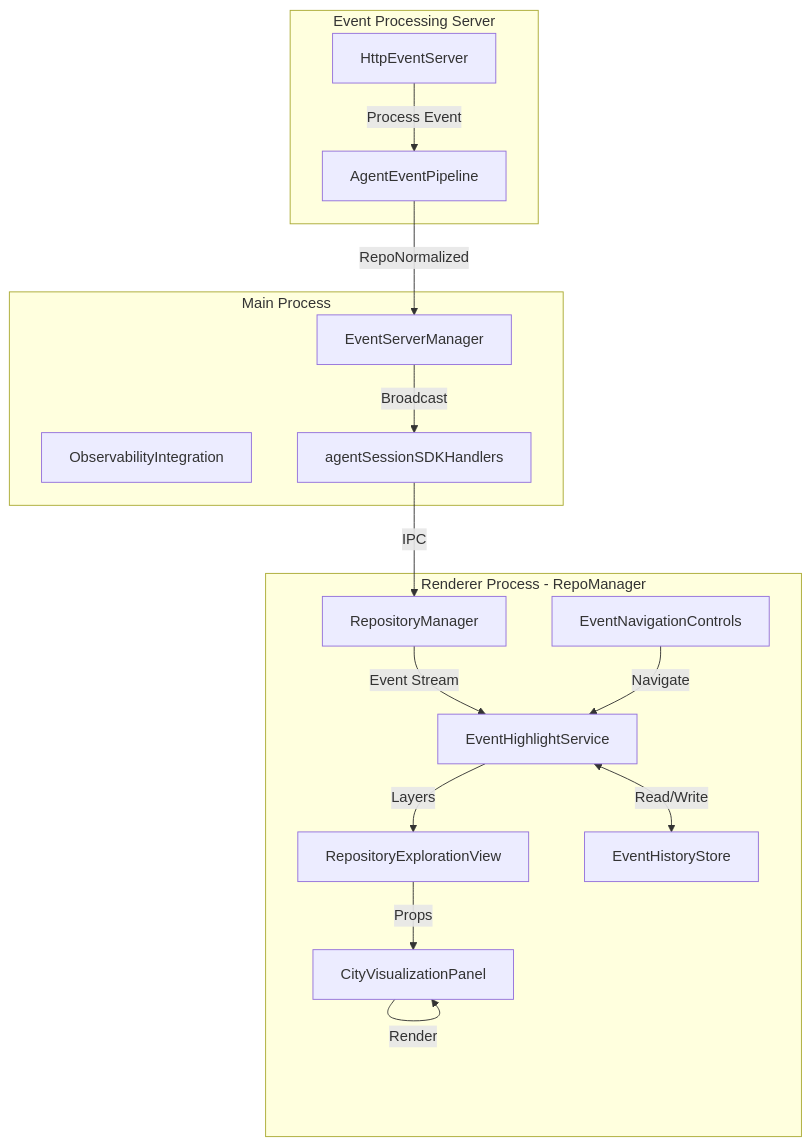
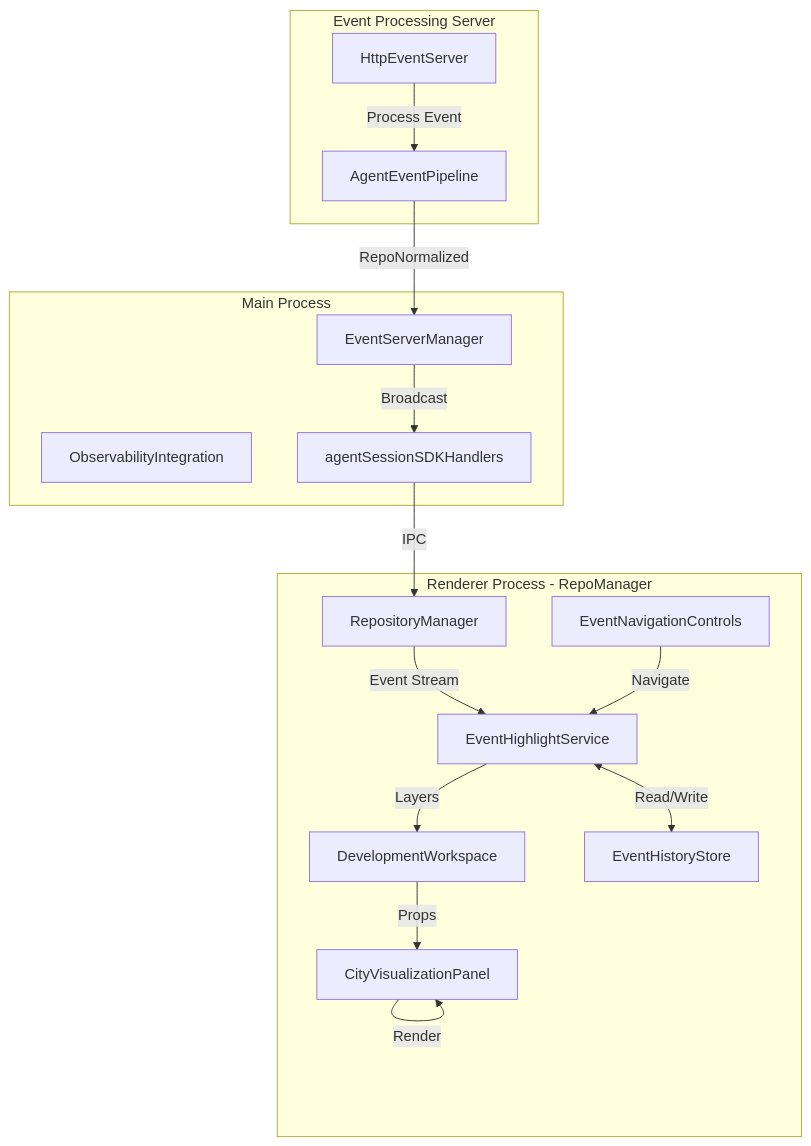
One commit to principal-ade/electron-app changed the second of 5 diagrams in docs/design/event-driven-map-highlighting.md. Above: the diagram before and after it, drawn with Mermaid. The commit also changed other lines of this file and 21 other files, not shown here.

````diff
--- a/docs/design/event-driven-map-highlighting.md
+++ b/docs/design/event-driven-map-highlighting.md
@@ -37,33 +37,33 @@
 ```mermaid
 graph TB
     subgraph "Main Process"
         A[EventServerManager]
         B[ObservabilityIntegration]
         C[agentSessionSDKHandlers]
     end
 
     subgraph "Renderer Process - RepoManager"
         D[RepositoryManager]
-        E[RepositoryExplorationView]
+        E[DevelopmentWorkspace]
         F[CityVisualizationPanel]
         G[EventHighlightService]
         H[EventHistoryStore]
         I[EventNavigationControls]
     end
 
     subgraph "Event Processing Server"
         J[HttpEventServer]
         K[AgentEventPipeline]
     end
 
     J -->|Process Event| K
     K -->|RepoNormalized| A
     A -->|Broadcast| C
     C -->|IPC| D
     D -->|Event Stream| G
     G -->|Layers| E
     E -->|Props| F
     G <-->|Read/Write| H
     I -->|Navigate| G
     F -->|Render| F
 ```
````
